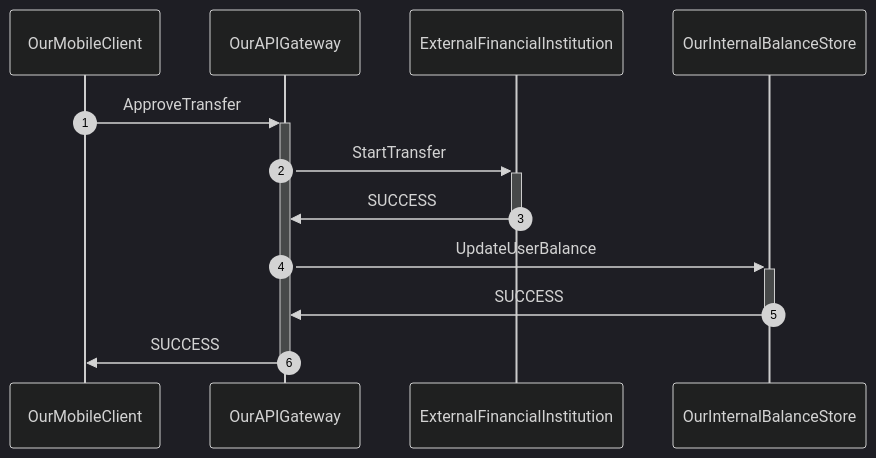
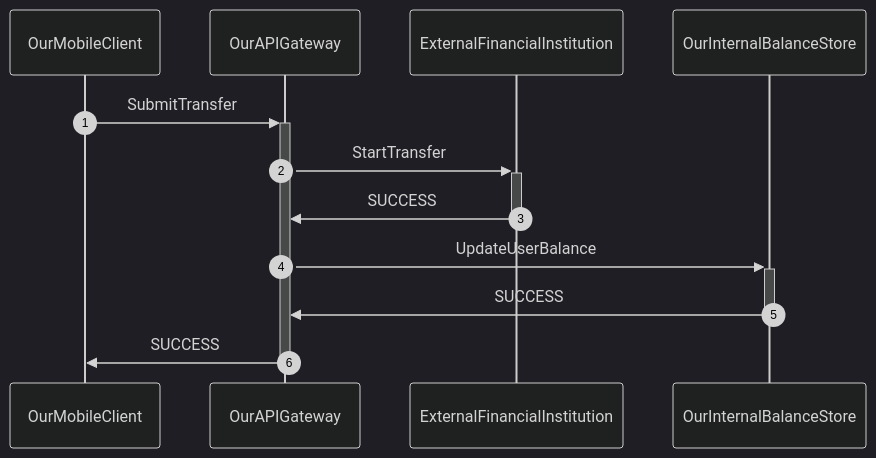
One commit to andrewhao/tla-plus-onramp changed the second of 4 diagrams in README.md. Above: the diagram before and after it, drawn with Mermaid (dark theme). The commit also changed other lines of this file, not shown here.

````diff
--- a/README.md
+++ b/README.md
@@ -45,10 +101,10 @@
 ```mermaid
 sequenceDiagram
 autonumber
-OurMobileClient->>+OurAPIGateway: ApproveTransfer
+OurMobileClient->>+OurAPIGateway: SubmitTransfer
 OurAPIGateway->>+ExternalFinancialInstitution: StartTransfer
 ExternalFinancialInstitution->>-OurAPIGateway: SUCCESS
 OurAPIGateway->>+OurInternalBalanceStore: UpdateUserBalance
 OurInternalBalanceStore->>-OurAPIGateway: SUCCESS
 OurAPIGateway->>-OurMobileClient: SUCCESS
 ```
````
